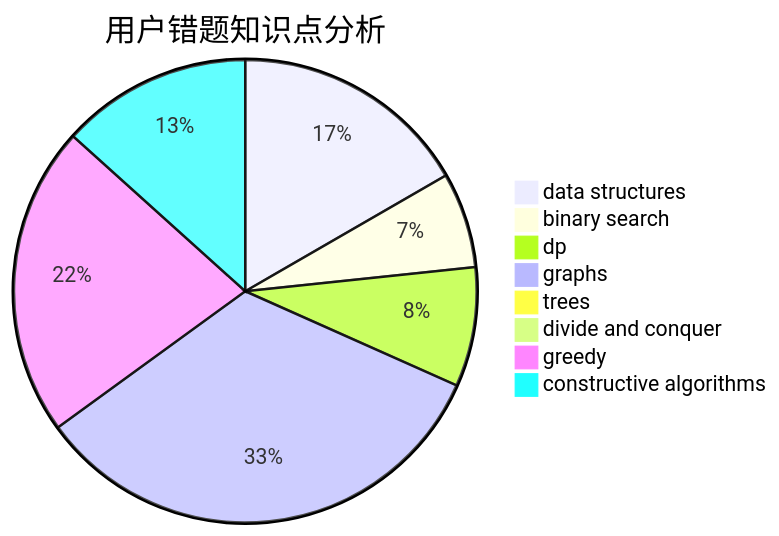
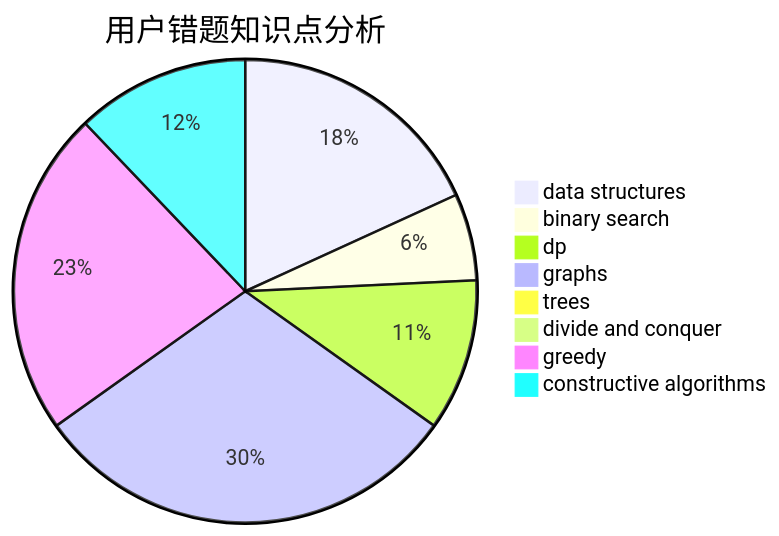
The third of 3 diagrams in docs/user/u1256.md (sherpahu/cfrs.github.io), drawn with Mermaid before and after one commit. The commit also changed other lines of this file and 2770 other files, not shown here.

````diff
--- a/docs/user/u1256.md
+++ b/docs/user/u1256.md
@@ -36,11 +36,11 @@
 ```mermaid
 pie title 用户错题知识点分析
-    "data structures" :  10
+    "data structures" :  12
     "binary search" :  4
-    "dp" :  5
+    "dp" :  7
     "graphs" :  20
     "trees" :  0
     "divide and conquer" :  0
-    "greedy" :  13
+    "greedy" :  15
     "constructive algorithms" :  8
 ```
````
